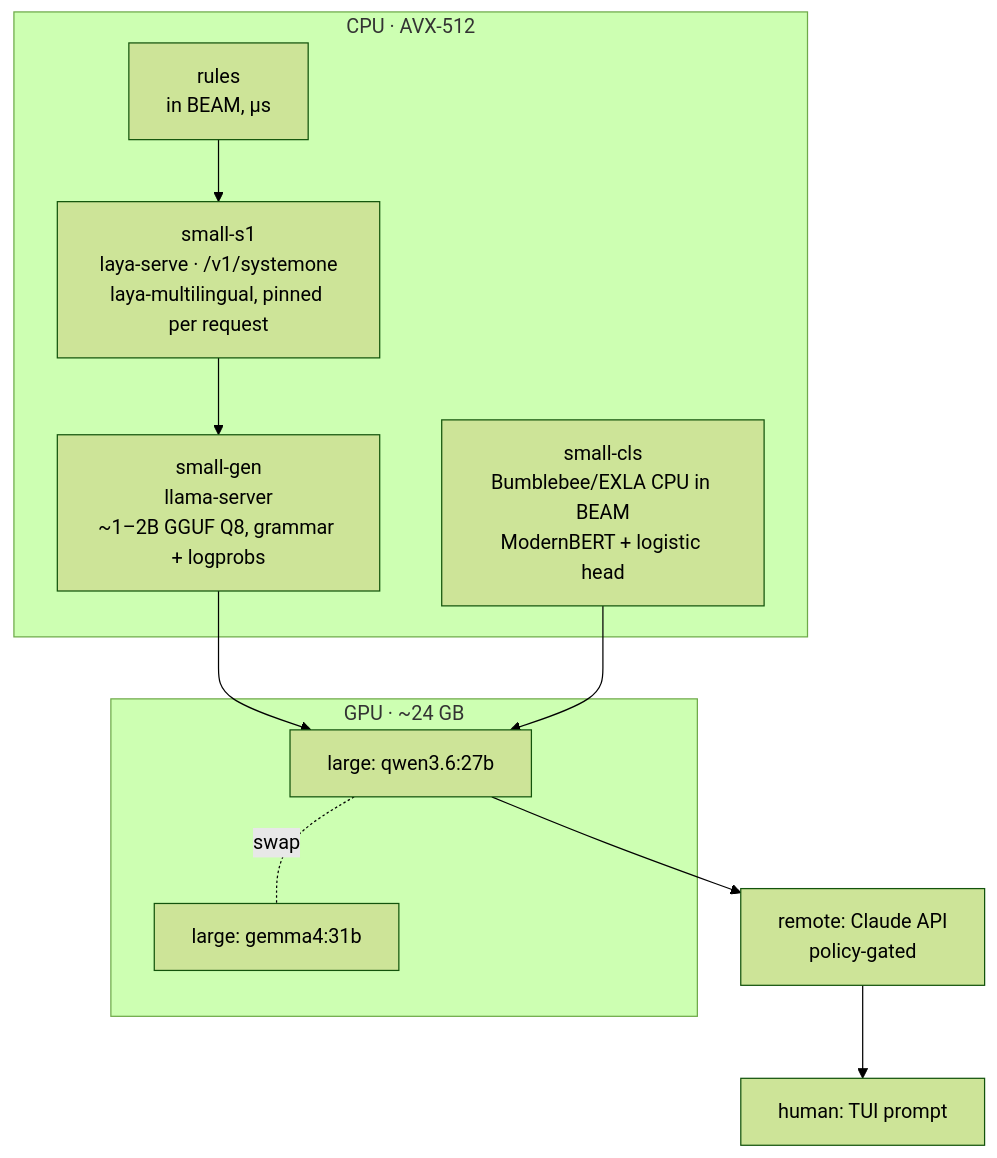
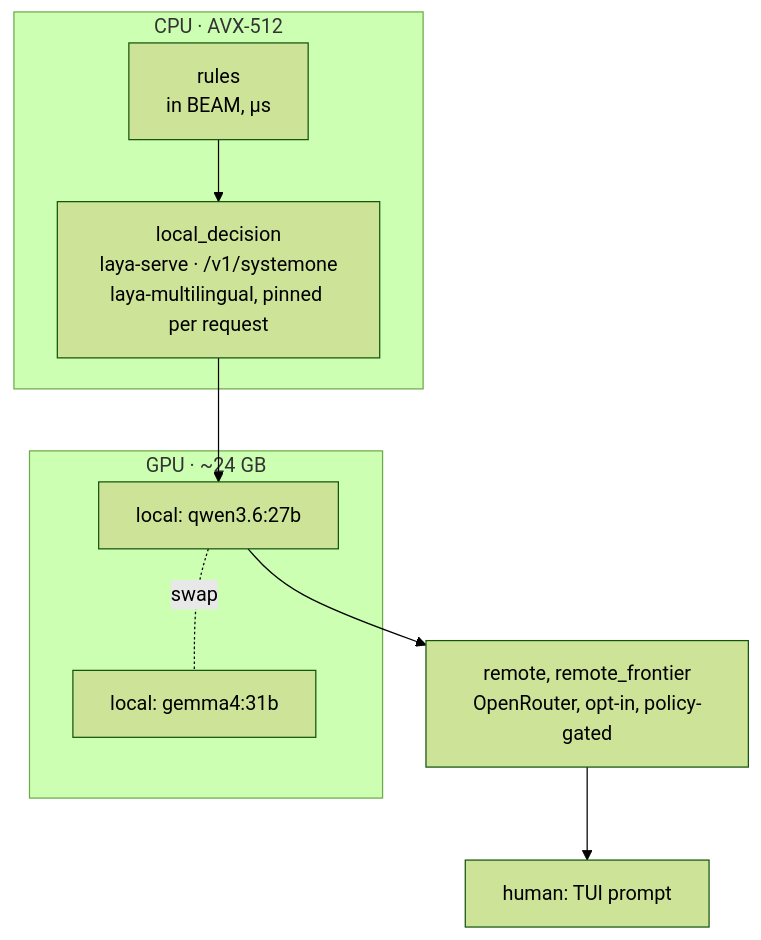
One commit to romeroabelleira/xeito changed the diagram in docs/architecture/09-reference-deployment.md. Above: the diagram before and after it, drawn with Mermaid (forest theme). The commit also changed other lines of this file and 55 other files, not shown here.

````diff
--- a/docs/architecture/09-reference-deployment.md
+++ b/docs/architecture/09-reference-deployment.md
@@ -20,19 +20,16 @@
 ```mermaid
 flowchart TB
   subgraph cpu[CPU · AVX-512]
     R[rules<br/>in BEAM, µs]
-    S0[small-s1<br/>laya-serve · /v1/systemone<br/>laya-multilingual, pinned per request]
-    S1[small-gen<br/>llama-server<br/>~1–2B GGUF Q8, grammar + logprobs]
-    S2[small-cls<br/>Bumblebee/EXLA CPU in BEAM<br/>ModernBERT + logistic head]
+    S0[local_decision<br/>laya-serve · /v1/systemone<br/>laya-multilingual, pinned per request]
   end
   subgraph gpu[GPU · ~24 GB]
-    L1[large: qwen3.6:27b]
-    L2[large: gemma4:31b]
+    L1[local: qwen3.6:27b]
+    L2[local: gemma4:31b]
   end
-  X[remote: Claude API<br/>policy-gated]
+  X[remote, remote_frontier<br/>OpenRouter, opt-in, policy-gated]
   H[human: TUI prompt]
-  R --> S0 --> S1 --> L1
-  S2 --> L1
+  R --> S0 --> L1
   L1 -. swap .- L2
   L1 --> X --> H
 ```
````
